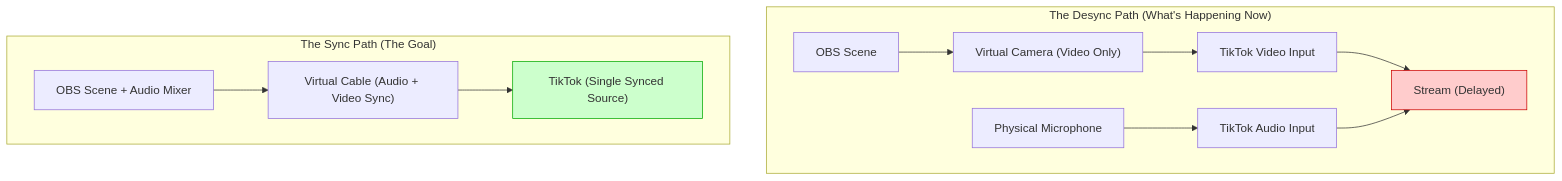
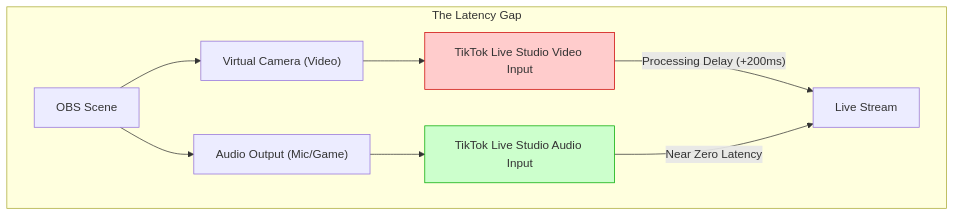
Before and after one commit to littl3-boat/ttwise: the diagram in data/blog/obs-audio-desync-tiktok-live-fix-2026.mdx, drawn with Mermaid. The commit also changed other lines of this file and 3 other files, not shown here.

Commit message:
feat: add blog for r/OBS about tiktok live audio desync fix

````diff
--- a/data/blog/obs-audio-desync-tiktok-live-fix-2026.mdx
+++ b/data/blog/obs-audio-desync-tiktok-live-fix-2026.mdx
@@ -26,16 +27,16 @@
 ```mermaid
 graph TD
-    subgraph "The Desync Path (What's Happening Now)"
-        A["OBS Scene"] --> B["Virtual Camera (Video Only)"]
-        B --> C["TikTok Video Input"]
-        D["Physical Microphone"] --> E["TikTok Audio Input"]
-        C --> F["Stream (Delayed)"]
-        E --> F
+    subgraph "The Latency Gap"
+        A["OBS Scene"] --> B["Virtual Camera (Video)"]
+        A --> C["Audio Output (Mic/Game)"]
+        
+        B --> D["TikTok Live Studio Video Input"]
+        C --> E["TikTok Live Studio Audio Input"]
+        
+        D -- "Processing Delay (+200ms)" --> F["Live Stream"]
+        E -- "Near Zero Latency" --> F
     end
-    subgraph "The Sync Path (The Goal)"
-        G["OBS Scene + Audio Mixer"] --> H["Virtual Cable (Audio + Video Sync)"]
-        H --> I["TikTok (Single Synced Source)"]
-    end
-    style F fill:#ffcccc,stroke:#cc0000
-    style I fill:#ccffcc,stroke:#00aa00
+    
+    style D fill:#ffcccc,stroke:#cc0000
+    style E fill:#ccffcc,stroke:#00aa00
 ```
````
